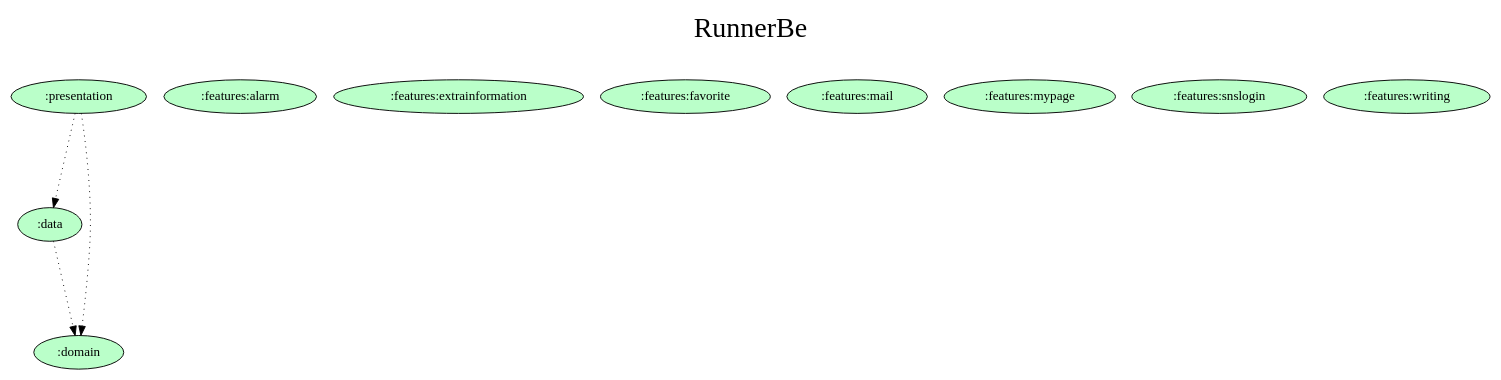
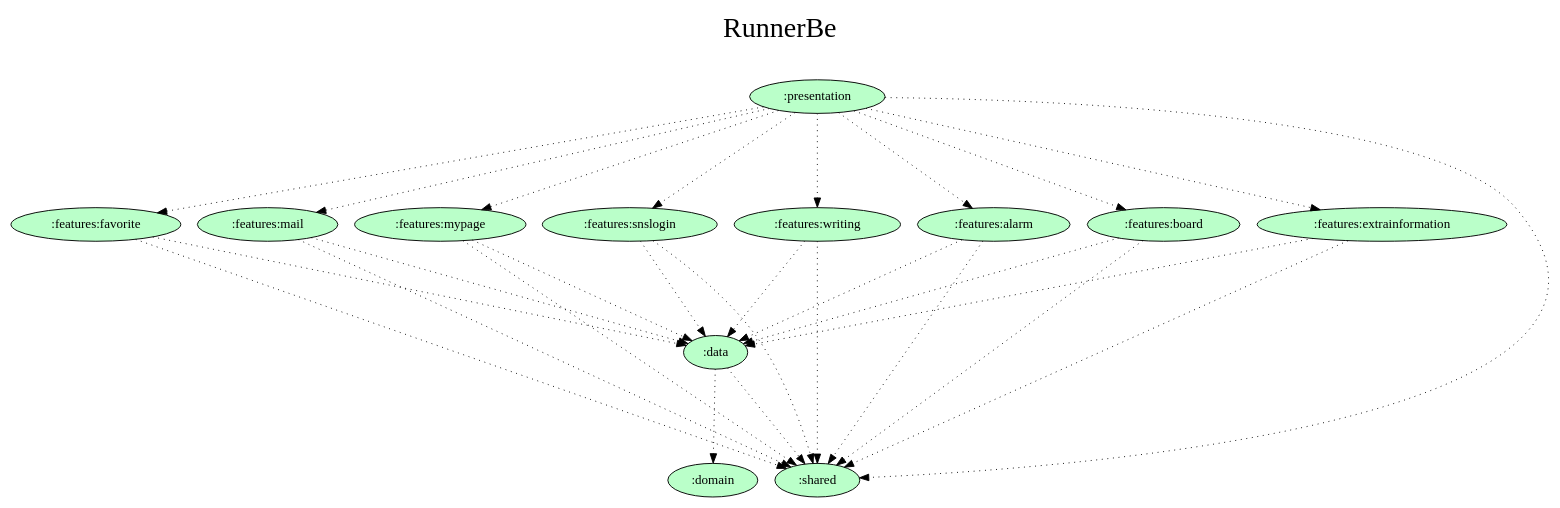
The diagram in gradle/dependency-graph/project.dot (jisungbin/RunnerBe-Android), drawn with Graphviz before and after one commit. The commit also changed 10 other files, not shown here.

```diff
--- a/gradle/dependency-graph/project.dot
+++ b/gradle/dependency-graph/project.dot
@@ -1,26 +1,52 @@
 digraph {
   graph [label="RunnerBe\n ",labelloc=t,fontsize=30,ranksep=1.4];
   node [style=filled, fillcolor="#bbbbbb"];
   rankdir=TB;
 
   # Projects
 
   ":data" [fillcolor="#baffc9"];
   ":domain" [fillcolor="#baffc9"];
   ":features:alarm" [fillcolor="#baffc9"];
+  ":features:board" [fillcolor="#baffc9"];
   ":features:extrainformation" [fillcolor="#baffc9"];
   ":features:favorite" [fillcolor="#baffc9"];
   ":features:mail" [fillcolor="#baffc9"];
   ":features:mypage" [fillcolor="#baffc9"];
   ":features:snslogin" [fillcolor="#baffc9"];
   ":features:writing" [fillcolor="#baffc9"];
   ":presentation" [fillcolor="#baffc9"];
+  ":shared" [fillcolor="#baffc9"];
 
   {rank = same;}
 
   # Dependencies
 
   ":data" -> ":domain" [style=dotted]
-  ":presentation" -> ":data" [style=dotted]
-  ":presentation" -> ":domain" [style=dotted]
+  ":data" -> ":shared" [style=dotted]
+  ":presentation" -> ":features:alarm" [style=dotted]
+  ":presentation" -> ":features:board" [style=dotted]
+  ":presentation" -> ":features:extrainformation" [style=dotted]
+  ":presentation" -> ":features:favorite" [style=dotted]
+  ":presentation" -> ":features:mail" [style=dotted]
+  ":presentation" -> ":features:mypage" [style=dotted]
+  ":presentation" -> ":features:snslogin" [style=dotted]
+  ":presentation" -> ":features:writing" [style=dotted]
+  ":presentation" -> ":shared" [style=dotted]
+  ":features:alarm" -> ":data" [style=dotted]
+  ":features:alarm" -> ":shared" [style=dotted]
+  ":features:board" -> ":data" [style=dotted]
+  ":features:board" -> ":shared" [style=dotted]
+  ":features:extrainformation" -> ":data" [style=dotted]
+  ":features:extrainformation" -> ":shared" [style=dotted]
+  ":features:favorite" -> ":data" [style=dotted]
+  ":features:favorite" -> ":shared" [style=dotted]
+  ":features:mail" -> ":data" [style=dotted]
+  ":features:mail" -> ":shared" [style=dotted]
+  ":features:mypage" -> ":data" [style=dotted]
+  ":features:mypage" -> ":shared" [style=dotted]
+  ":features:snslogin" -> ":data" [style=dotted]
+  ":features:snslogin" -> ":shared" [style=dotted]
+  ":features:writing" -> ":data" [style=dotted]
+  ":features:writing" -> ":shared" [style=dotted]
 }
```
